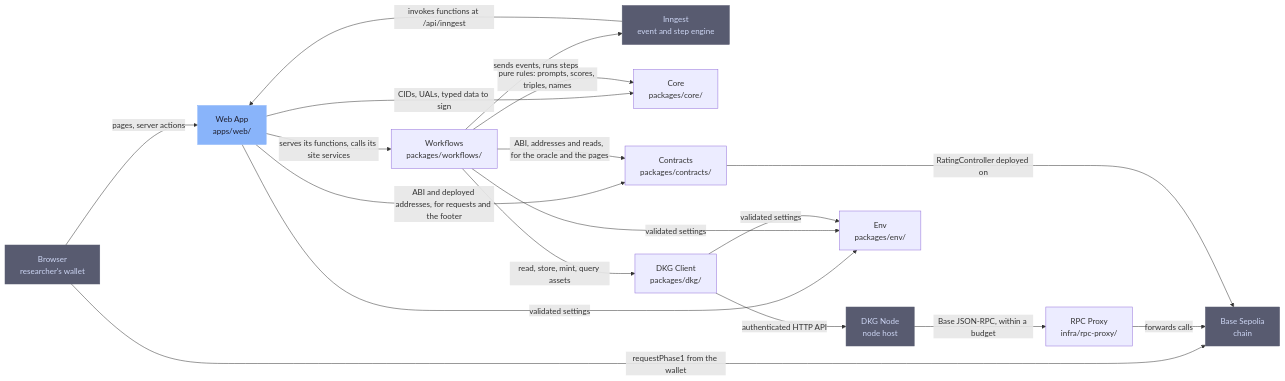
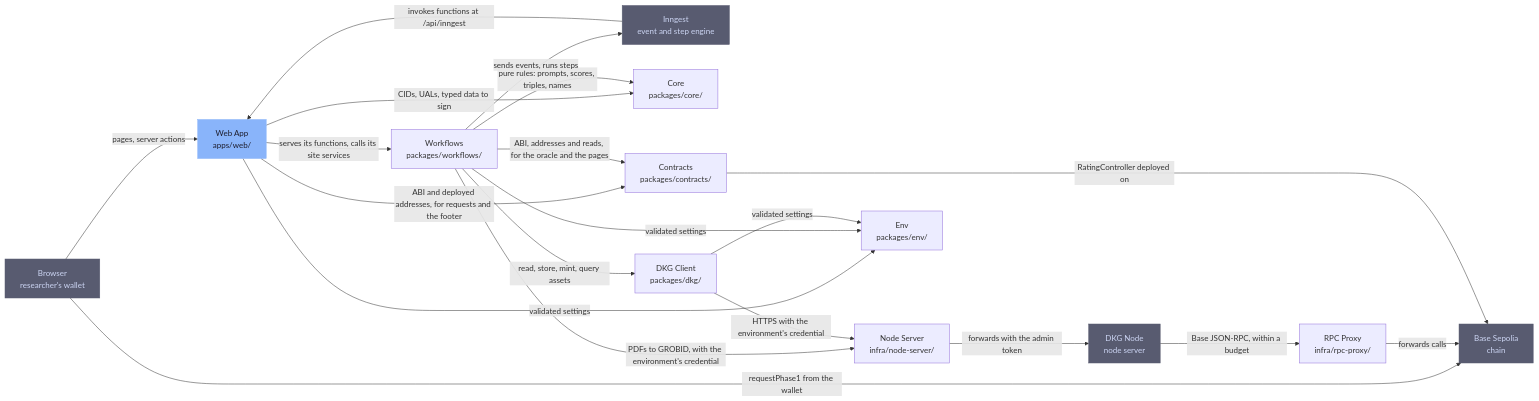
The diagram in .omm/overall-architecture/diagram.mmd (SiegfriedBz/labstrail), drawn with Mermaid before and after one commit. The commit also changed 52 other files, not shown here.

First line of the commit message:
feat(repo): move the dkg node to a server with a credential per env (#44)

```diff
--- a/.omm/overall-architecture/diagram.mmd
+++ b/.omm/overall-architecture/diagram.mmd
@@ -1,22 +1,24 @@
 graph LR
     browser["Browser\nresearcher's wallet"] -->|"pages, server actions"| web-app["Web App\napps/web/"]
     browser -->|"requestPhase1 from the wallet"| base-sepolia["Base Sepolia\nchain"]
     inngest["Inngest\nevent and step engine"] -->|"invokes functions at /api/inngest"| web-app
     web-app -->|"serves its functions, calls its site services"| workflows["Workflows\npackages/workflows/"]
     web-app -->|"CIDs, UALs, typed data to sign"| core["Core\npackages/core/"]
     web-app -->|"ABI and deployed addresses, for requests and the footer"| contracts["Contracts\npackages/contracts/"]
     workflows -->|"pure rules: prompts, scores, triples, names"| core
     workflows -->|"read, store, mint, query assets"| dkg-client["DKG Client\npackages/dkg/"]
     workflows -->|"ABI, addresses and reads, for the oracle and the pages"| contracts
     workflows -->|"sends events, runs steps"| inngest
-    dkg-client -->|"authenticated HTTP API"| dkg-node["DKG Node\nnode host"]
+    workflows -->|"PDFs to GROBID, with the environment's credential"| node-server["Node Server\ninfra/node-server/"]
+    dkg-client -->|"HTTPS with the environment's credential"| node-server
+    node-server -->|"forwards with the admin token"| dkg-node["DKG Node\nnode server"]
     dkg-node -->|"Base JSON-RPC, within a budget"| rpc-proxy["RPC Proxy\ninfra/rpc-proxy/"]
     rpc-proxy -->|"forwards calls"| base-sepolia
     contracts -->|"RatingController deployed on"| base-sepolia
     web-app -->|"validated settings"| env["Env\npackages/env/"]
     workflows -->|"validated settings"| env
     dkg-client -->|"validated settings"| env
     classDef external fill:#585b70,stroke:#585b70,color:#cdd6f4
     classDef entry fill:#89b4fa,stroke:#89b4fa,color:#1e1e2e
     class inngest,dkg-node,base-sepolia,browser external
     class web-app entry
```
